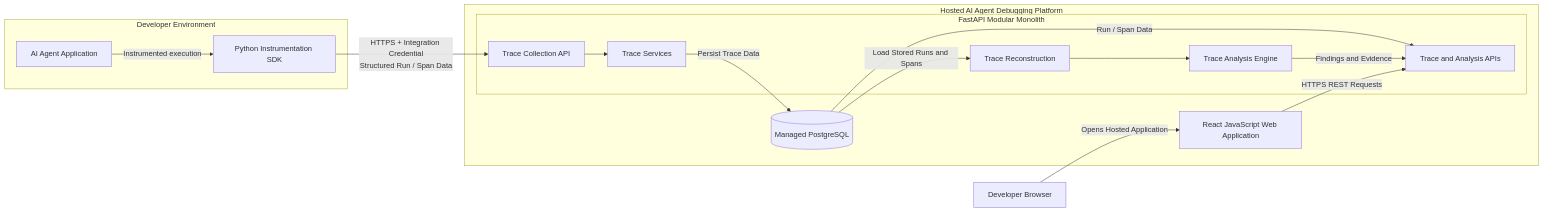
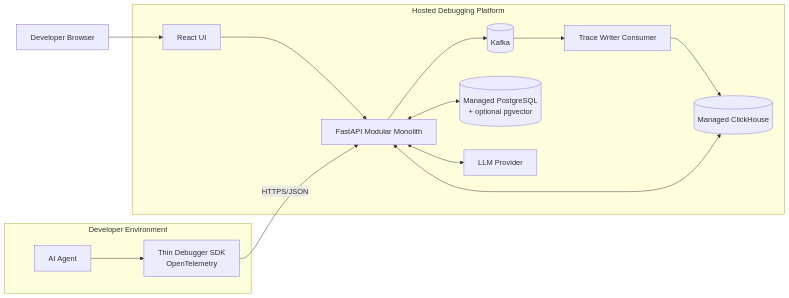
The diagram in docs/diagrams/deployment_architecture.mermaid (gcharpe1604/ai_agent_debugger), drawn with Mermaid before and after one commit. The commit also changed 10 other files, not shown here.

Commit message:
docs: sync updated architecture from otel SDK foundation

```diff
--- a/docs/diagrams/deployment_architecture.mermaid
+++ b/docs/diagrams/deployment_architecture.mermaid
@@ -1,38 +1,27 @@
 flowchart LR
-
-    subgraph DEVENV["Developer Environment"]
-        AGENT[AI Agent Application]
-        SDK[Python Instrumentation SDK]
-
-        AGENT -->|Instrumented execution| SDK
+    subgraph DEV[Developer Environment]
+        A[AI Agent]
+        S[Thin Debugger SDK<br/>OpenTelemetry]
+        A --> S
     end
 
-    DEV[Developer Browser]
+    USER[Developer Browser]
 
-    subgraph HOSTED["Hosted AI Agent Debugging Platform"]
-        FRONTEND[React JavaScript Web Application]
+    subgraph HOST[Hosted Debugging Platform]
+        UI[React UI]
+        API[FastAPI Modular Monolith]
+        K[(Kafka)]
+        W[Trace Writer Consumer]
+        CH[(Managed ClickHouse)]
+        PG[(Managed PostgreSQL<br/>+ optional pgvector)]
+        LLM[LLM Provider]
 
-        subgraph BACKEND["FastAPI Modular Monolith"]
-            INGEST[Trace Collection API]
-            TRACE[Trace Services]
-            RECON[Trace Reconstruction]
-            ANALYSIS[Trace Analysis Engine]
-            READ[Trace and Analysis APIs]
-        end
-
-        DB[(Managed PostgreSQL)]
+        API --> K --> W --> CH
+        API <--> PG
+        API <--> CH
+        API <--> LLM
+        UI --> API
     end
 
-    SDK -->|HTTPS + Integration Credential\nStructured Run / Span Data| INGEST
-
-    INGEST --> TRACE
-    TRACE -->|Persist Trace Data| DB
-
-    DB -->|Load Stored Runs and Spans| RECON
-    RECON --> ANALYSIS
-
-    DB -->|Run / Span Data| READ
-    ANALYSIS -->|Findings and Evidence| READ
-
-    DEV -->|Opens Hosted Application| FRONTEND
-    FRONTEND -->|HTTPS REST Requests| READ
+    S -->|HTTPS/JSON| API
+    USER --> UI
```
